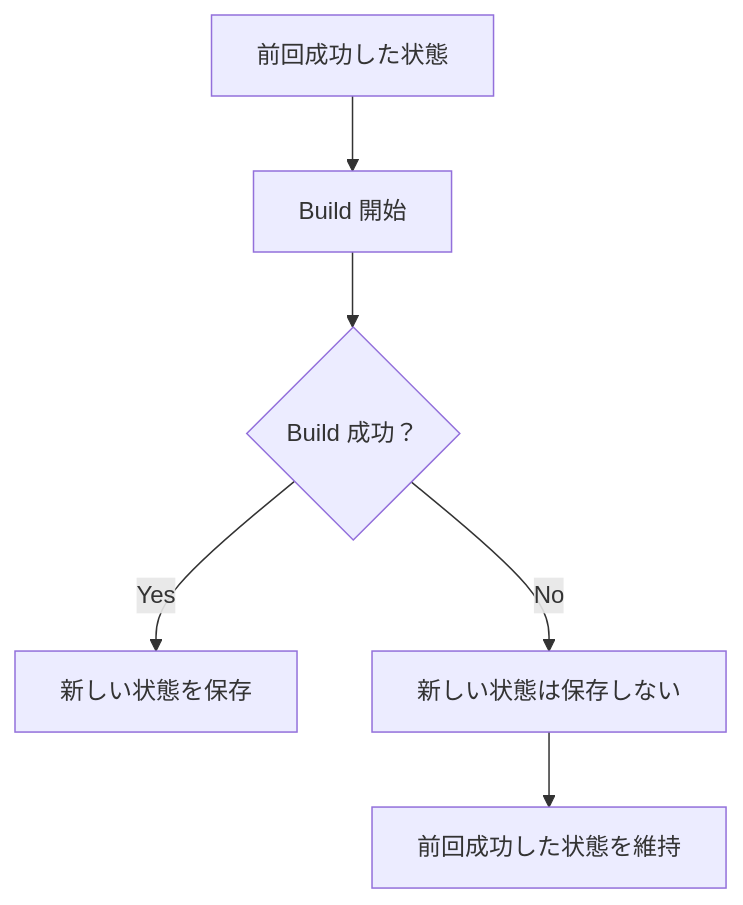
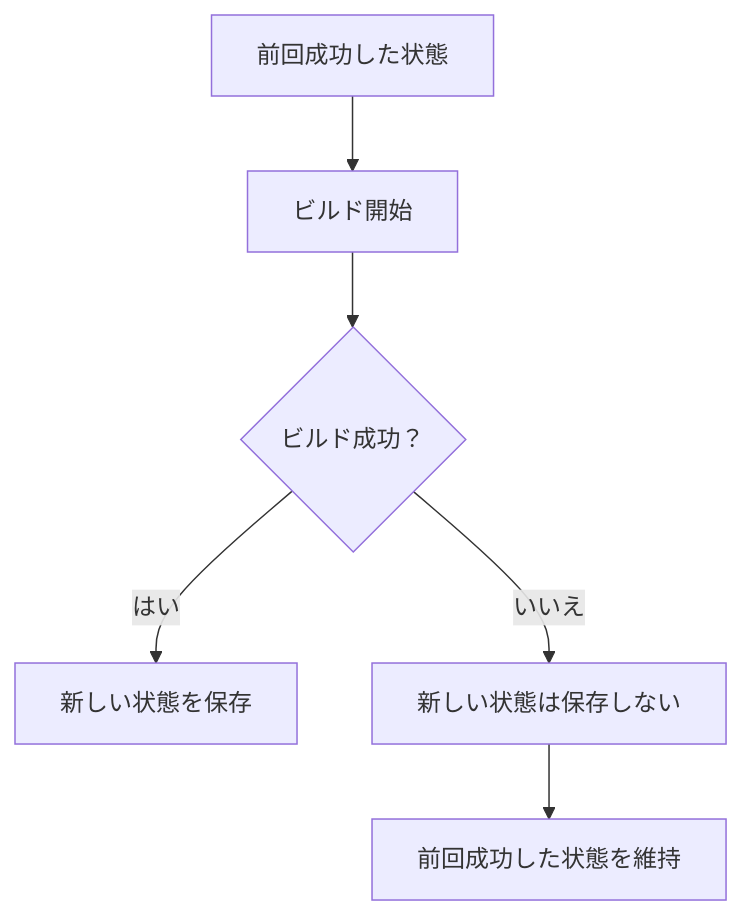
The first of 2 diagrams in docs/docs/framework/build-system.ja.md (Rerurate514/riebeckite), drawn with Mermaid before and after one commit. The commit also changed other lines of this file and 310 other files, not shown here.

````diff
--- a/docs/docs/framework/build-system.ja.md
+++ b/docs/docs/framework/build-system.ja.md
@@ -77,10 +75,10 @@
 ```mermaid
 flowchart TD
-    A["前回成功した状態"] --> B["Build 開始"]
-    B --> C{"Build 成功？"}
+    A["前回成功した状態"] --> B["ビルド開始"]
+    B --> C{"ビルド成功？"}
 
-    C -->|Yes| D["新しい状態を保存"]
-    C -->|No| E["新しい状態は保存しない"]
+    C -->|はい| D["新しい状態を保存"]
+    C -->|いいえ| E["新しい状態は保存しない"]
 
     E --> F["前回成功した状態を維持"]
 ```
````
